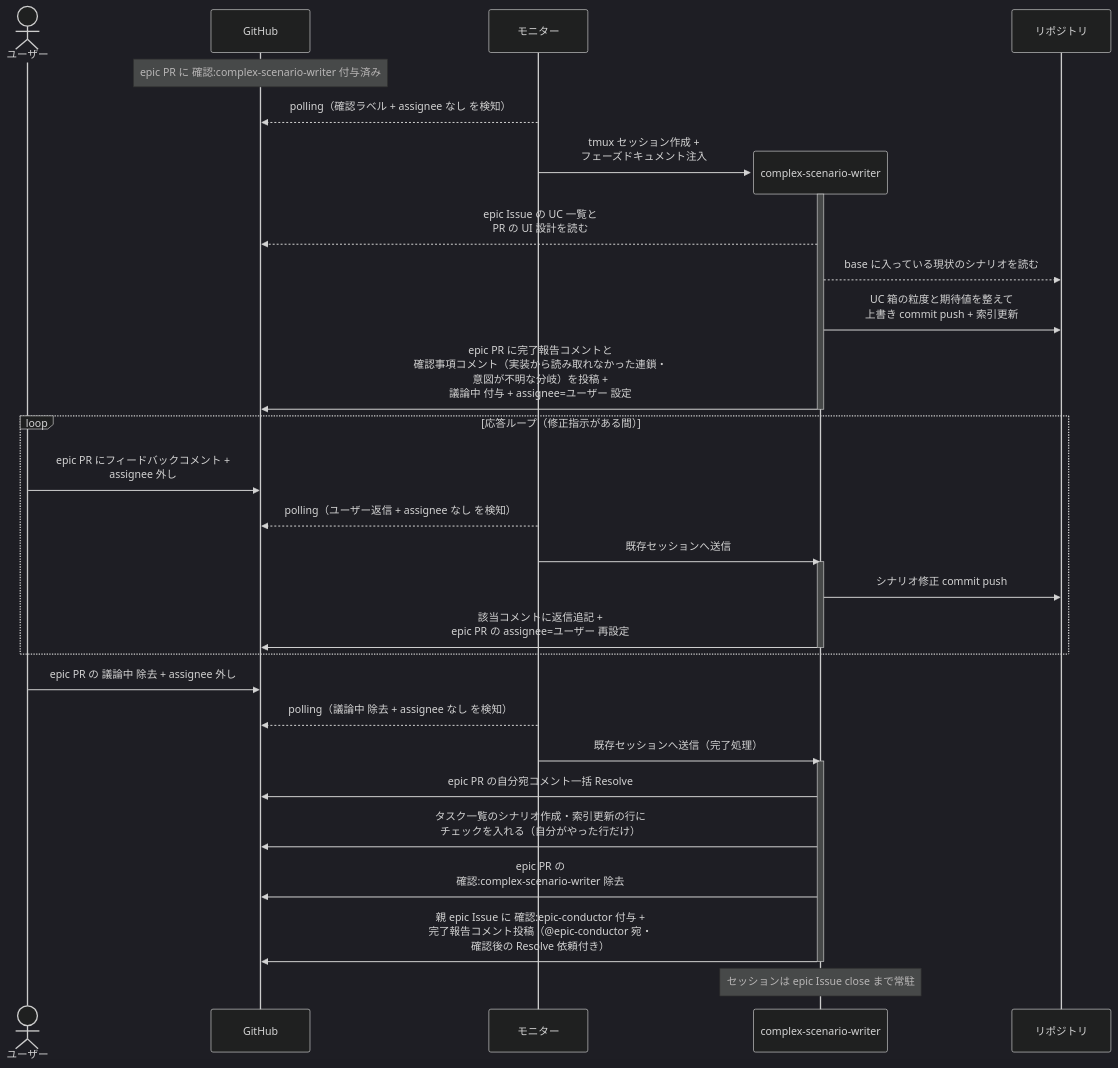
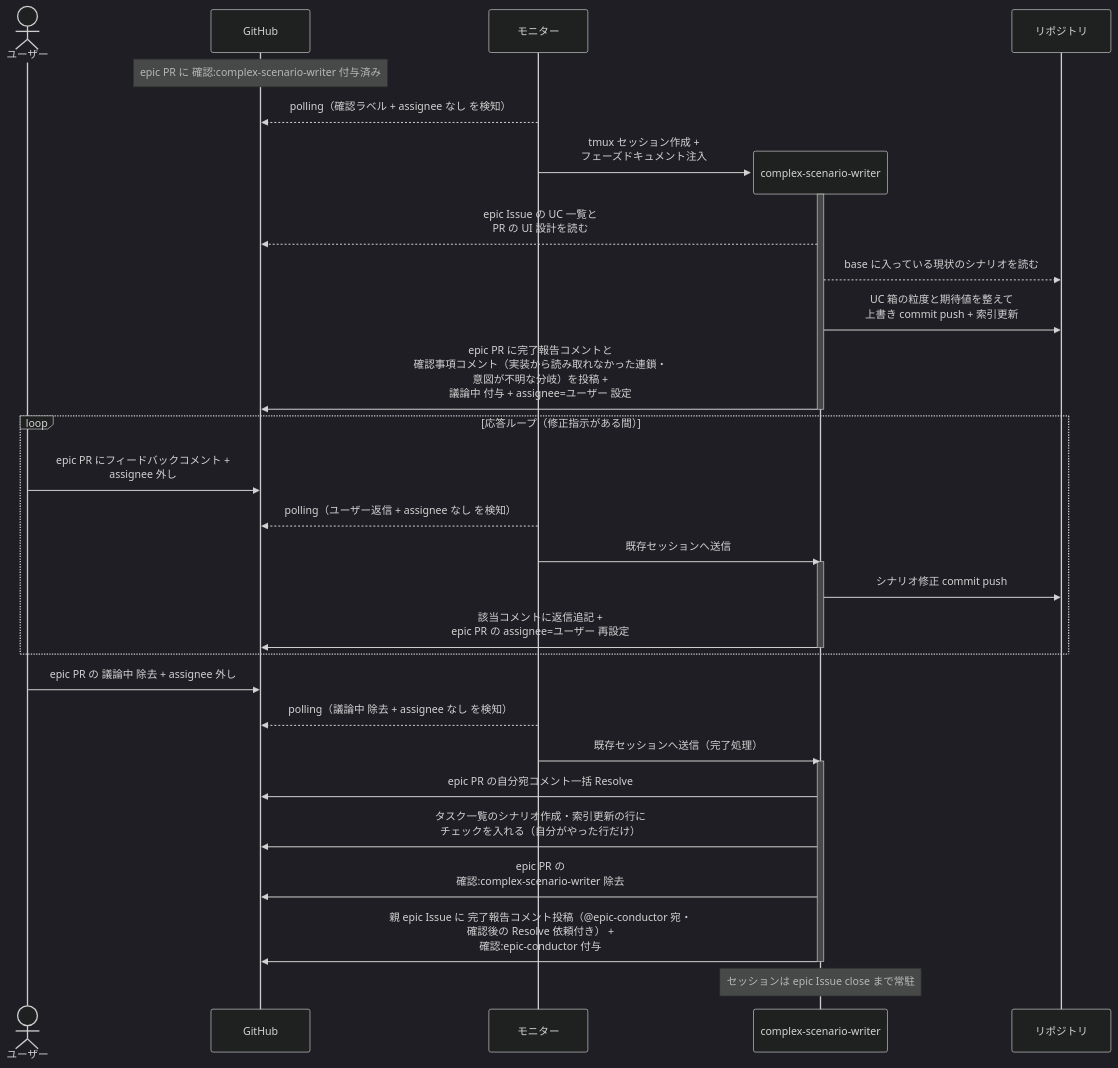
Before and after one commit to shuhei1101/ai-monitor: the third of 3 diagrams in docs/wiki/設計図/シナリオ/単一ユースケース/複合シナリオ設計.md, drawn with Mermaid (dark theme). The commit also changed other lines of this file and 29 other files, not shown here.

````diff
--- a/docs/wiki/設計図/シナリオ/単一ユースケース/複合シナリオ設計.md
+++ b/docs/wiki/設計図/シナリオ/単一ユースケース/複合シナリオ設計.md
@@ -132,39 +132,39 @@
 ```mermaid
 sequenceDiagram
   actor U as ユーザー
   participant GH as GitHub
   participant ORC as モニター
 
   Note over GH: epic PR に 確認:complex-scenario-writer 付与済み
   ORC-->>GH: polling（確認ラベル + assignee なし を検知）
   create participant MON as complex-scenario-writer
   ORC->>MON: tmux セッション作成 +<br>フェーズドキュメント注入
   participant REPO as リポジトリ
   activate MON
   MON-->>GH: epic Issue の UC 一覧と<br>PR の UI 設計を読む
   MON-->>REPO: base に入っている現状のシナリオを読む
   MON->>REPO: UC 箱の粒度と期待値を整えて<br>上書き commit push + 索引更新
   MON->>GH: epic PR に完了報告コメントと<br>確認事項コメント（実装から読み取れなかった連鎖・<br>意図が不明な分岐）を投稿 +<br>議論中 付与 + assignee=ユーザー 設定
   deactivate MON
 
   loop 応答ループ（修正指示がある間）
     U->>GH: epic PR にフィードバックコメント +<br>assignee 外し
     ORC-->>GH: polling（ユーザー返信 + assignee なし を検知）
     ORC->>MON: 既存セッションへ送信
     activate MON
     MON->>REPO: シナリオ修正 commit push
     MON->>GH: 該当コメントに返信追記 +<br>epic PR の assignee=ユーザー 再設定
     deactivate MON
   end
 
   U->>GH: epic PR の 議論中 除去 + assignee 外し
   ORC-->>GH: polling（議論中 除去 + assignee なし を検知）
   ORC->>MON: 既存セッションへ送信（完了処理）
   activate MON
   MON->>GH: epic PR の自分宛コメント一括 Resolve
   MON->>GH: タスク一覧のシナリオ作成・索引更新の行に<br>チェックを入れる（自分がやった行だけ）
   MON->>GH: epic PR の<br>確認:complex-scenario-writer 除去
-  MON->>GH: 親 epic Issue に 確認:epic-conductor 付与 +<br>完了報告コメント投稿（@epic-conductor 宛・<br>確認後の Resolve 依頼付き）
+  MON->>GH: 親 epic Issue に 完了報告コメント投稿（@epic-conductor 宛・<br>確認後の Resolve 依頼付き） +<br>確認:epic-conductor 付与
   deactivate MON
   Note over MON: セッションは epic Issue close まで常駐
 ```
````
